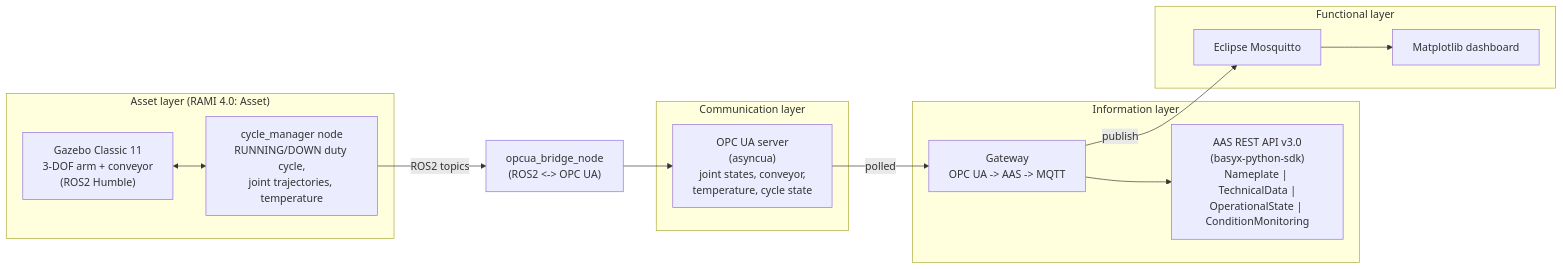
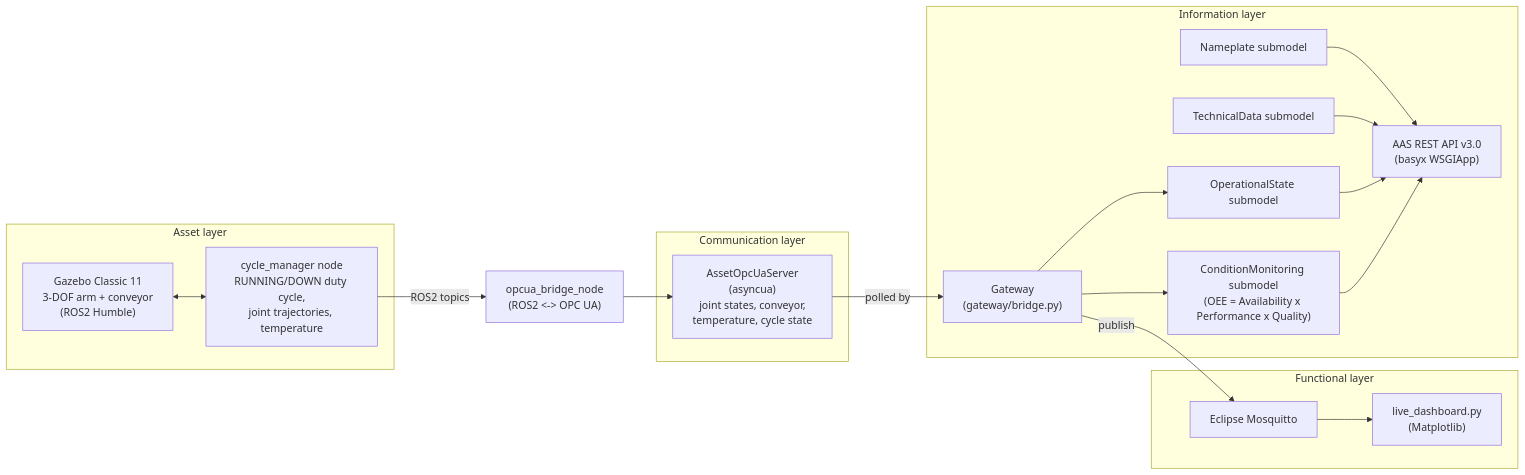
One commit to AbhishekDubasi09/aas-digital-twin changed the diagram in README.md. Above: the diagram before and after it, drawn with Mermaid. The commit also changed 2 other files, not shown here.

Commit message:
docs: expand README architecture diagram to name actual components
Show each of the four submodels (Nameplate, TechnicalData,
OperationalState, ConditionMonitoring) as distinct nodes instead of
collapsed into one label, and use real class/file names from the
codebase (AssetOpcUaServer, Gateway, opcua_bridge_node, cycle_manager,
live_dashboard.py) instead of generic component names.

````diff
--- a/README.md
+++ b/README.md
@@ -24,31 +24,41 @@
 ```mermaid
 flowchart LR
-    subgraph Asset["Asset layer (RAMI 4.0: Asset)"]
+    subgraph Asset["Asset layer"]
         Gazebo["Gazebo Classic 11\n3-DOF arm + conveyor\n(ROS2 Humble)"]
         CycleManager["cycle_manager node\nRUNNING/DOWN duty cycle,\njoint trajectories, temperature"]
         Gazebo <--> CycleManager
     end
 
+    CycleManager -- "ROS2 topics" --> OPCUABridge["opcua_bridge_node\n(ROS2 <-> OPC UA)"]
+
     subgraph Comm["Communication layer"]
-        OPCUA["OPC UA server\n(asyncua)\njoint states, conveyor,\ntemperature, cycle state"]
+        OPCUA["AssetOpcUaServer\n(asyncua)\njoint states, conveyor,\ntemperature, cycle state"]
     end
 
-    CycleManager -- "ROS2 topics" --> OPCUABridge["opcua_bridge_node\n(ROS2 <-> OPC UA)"]
     OPCUABridge --> OPCUA
+    OPCUA -- "polled by" --> Gateway
 
     subgraph Info["Information layer"]
-        Gateway["Gateway\nOPC UA -> AAS -> MQTT"]
-        AAS["AAS REST API v3.0\n(basyx-python-sdk)\nNameplate | TechnicalData |\nOperationalState | ConditionMonitoring"]
-        Gateway --> AAS
+        Gateway["Gateway\n(gateway/bridge.py)"]
+        Nameplate["Nameplate submodel"]
+        TechnicalData["TechnicalData submodel"]
+        OperationalState["OperationalState submodel"]
+        ConditionMonitoring["ConditionMonitoring submodel\n(OEE = Availability x Performance x Quality)"]
+        RestApi["AAS REST API v3.0\n(basyx WSGIApp)"]
+
+        Gateway --> OperationalState
+        Gateway --> ConditionMonitoring
+        Nameplate --> RestApi
+        TechnicalData --> RestApi
+        OperationalState --> RestApi
+        ConditionMonitoring --> RestApi
     end
-
-    OPCUA -- "polled" --> Gateway
 
     subgraph Functional["Functional layer"]
         MQTT["Eclipse Mosquitto"]
-        Dashboard["Matplotlib dashboard"]
+        Dashboard["live_dashboard.py\n(Matplotlib)"]
         MQTT --> Dashboard
     end
 
     Gateway -- "publish" --> MQTT
 ```
````
